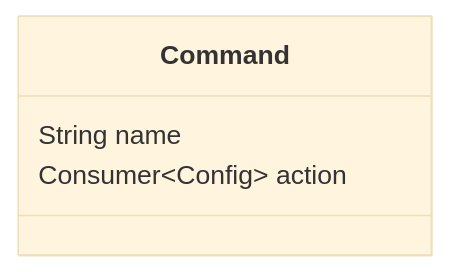
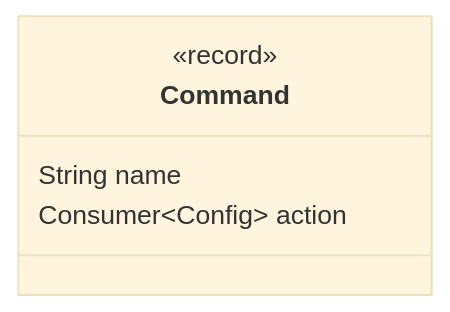
One commit to forax/design-pattern-reloaded changed the diagram in src/main/java/command/README.md. Above: the diagram before and after it, drawn with Mermaid (base theme).

Commit message:
as a record

````diff
--- a/src/main/java/command/README.md
+++ b/src/main/java/command/README.md
@@ -87,7 +87,8 @@
 ```mermaid
 classDiagram
 class Command {
+  <<record>>
   String name
   Consumer~Config~ action
 }
 ```
````
